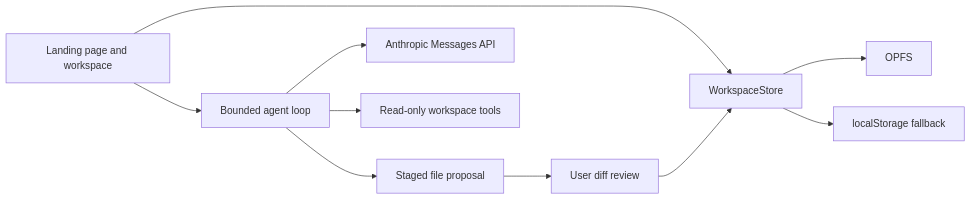
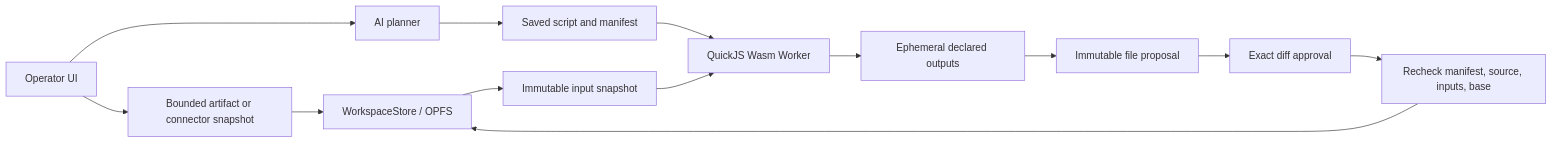
One commit to haya-inc/wasmhatch changed the diagram in README.md. Above: the diagram before and after it, drawn with Mermaid. The commit also changed other lines of this file and 22 other files, not shown here.

Commit message:
Add manifest-bound workspace scripts

````diff
--- a/README.md
+++ b/README.md
@@ -225,12 +241,15 @@
 ```mermaid
 flowchart LR
-    UI[Landing page and workspace] --> FS[WorkspaceStore]
-    FS --> OPFS[OPFS]
-    FS --> LS[localStorage fallback]
-    UI --> AGENT[Bounded agent loop]
-    AGENT --> API[Anthropic Messages API]
-    AGENT --> READ[Read-only workspace tools]
-    AGENT --> STAGE[Staged file proposal]
-    STAGE --> REVIEW[User diff review]
-    REVIEW --> FS
+    UI[Operator UI] --> ART[Bounded artifact or connector snapshot]
+    ART --> FS[WorkspaceStore / OPFS]
+    UI --> PLAN[AI planner]
+    PLAN --> DEF[Saved script and manifest]
+    FS --> SNAP[Immutable input snapshot]
+    DEF --> WORKER[QuickJS Wasm Worker]
+    SNAP --> WORKER
+    WORKER --> TEMP[Ephemeral declared outputs]
+    TEMP --> EFFECT[Immutable file proposal]
+    EFFECT --> REVIEW[Exact diff approval]
+    REVIEW --> RECHECK[Recheck manifest, source, inputs, base]
+    RECHECK --> FS
 ```
````
